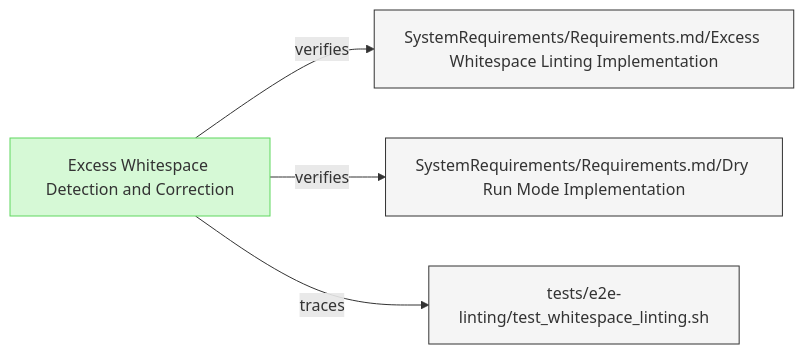
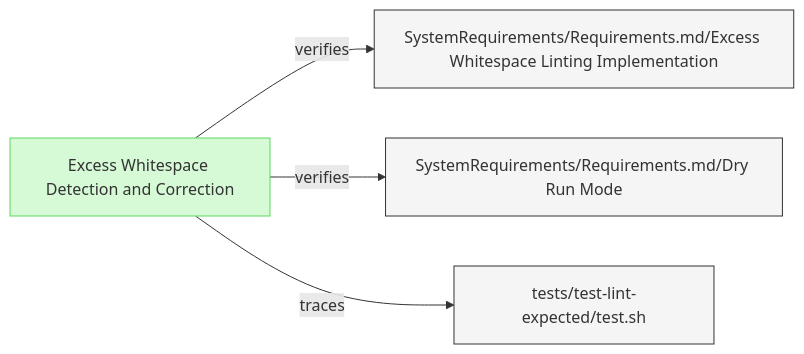
The diagram in specifications/Verifications/LintingTests.md (reqvire-org/reqvire), drawn with Mermaid before and after one commit. The commit also changed other lines of this file and 2 other files, not shown here.

First line of the commit message:
Fix validation errors in requirements documentation

````diff
--- a/specifications/Verifications/LintingTests.md
+++ b/specifications/Verifications/LintingTests.md
@@ -6,24 +6,24 @@
 ```mermaid
 graph LR;
   %% Graph styling
   classDef requirement fill:#f9d6d6,stroke:#f55f5f,stroke-width:1px;
   classDef verification fill:#d6f9d6,stroke:#5fd75f,stroke-width:1px;
   classDef externalLink fill:#d0e0ff,stroke:#3080ff,stroke-width:1px;
   classDef default fill:#f5f5f5,stroke:#333333,stroke-width:1px;
 
   4cd0fe733f["Excess Whitespace Detection and Correction"];
   click 4cd0fe733f "LintingTests.md#excess-whitespace-detection-and-correction";
   class 4cd0fe733f verification;
   3f3d3f9ccb["SystemRequirements/Requirements.md/Excess Whitespace Linting Implementation"];
   class 3f3d3f9ccb default;
   click 3f3d3f9ccb "../SystemRequirements/Requirements.md#excess-whitespace-linting-implementation";
   4cd0fe733f -->|verifies| 3f3d3f9ccb;
-  8f2198f681["SystemRequirements/Requirements.md/Dry Run Mode Implementation"];
+  8f2198f681["SystemRequirements/Requirements.md/Dry Run Mode"];
   class 8f2198f681 default;
   click 8f2198f681 "../SystemRequirements/Requirements.md#dry-run-mode";
   4cd0fe733f -->|verifies| 8f2198f681;
-  e349eadbaa["tests/e2e-linting/test_whitespace_linting.sh"];
+  e349eadbaa["tests/test-lint-expected/test.sh"];
   class e349eadbaa default;
-  click e349eadbaa "../../tests/e2e-linting/test_whitespace_linting.sh";
+  click e349eadbaa "../../tests/test-lint-expected/test.sh";
   4cd0fe733f -->|traces| e349eadbaa;
 ```
````
